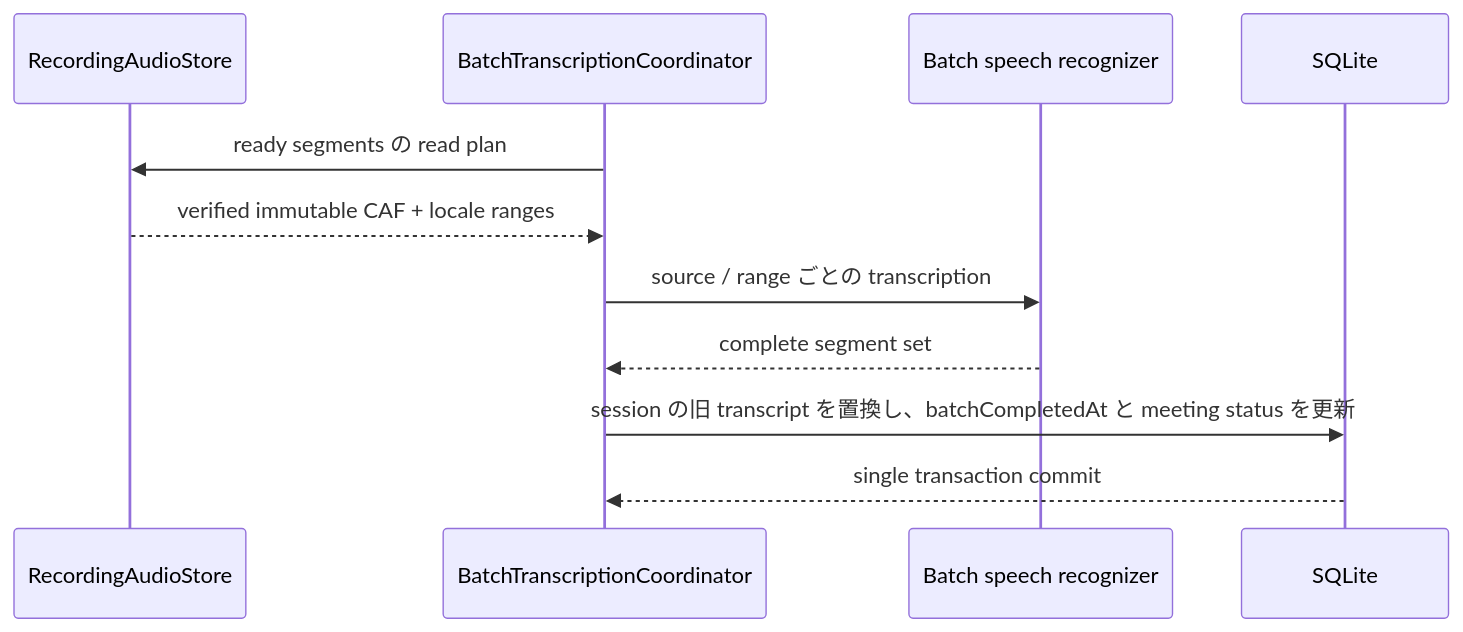
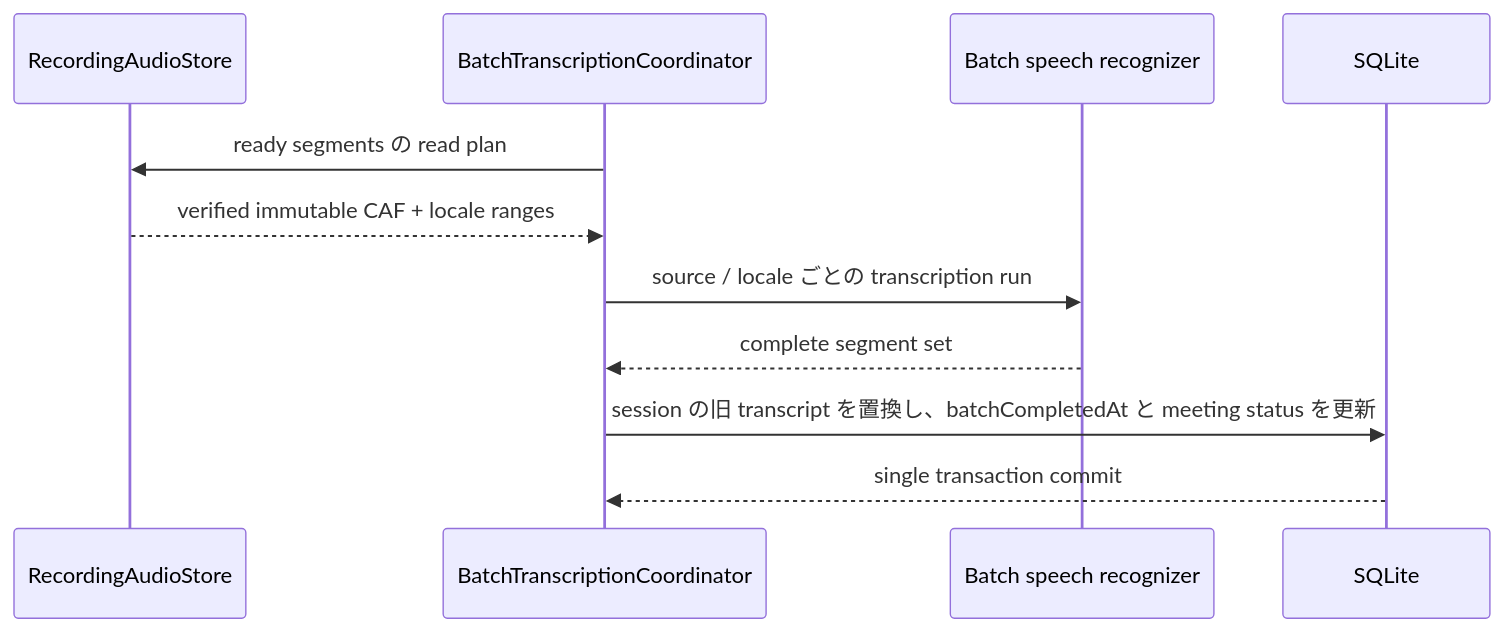
One commit to dahlia-org/dahlia changed the fourth of 5 diagrams in docs/architecture/audio-transcription-data-flow.md. Above: the diagram before and after it, drawn with Mermaid. The commit also changed other lines of this file and 13 other files, not shown here.

````diff
--- a/docs/architecture/audio-transcription-data-flow.md
+++ b/docs/architecture/audio-transcription-data-flow.md
@@ -210,14 +210,14 @@
 ```mermaid
 sequenceDiagram
     participant Audio as RecordingAudioStore
     participant Batch as BatchTranscriptionCoordinator
     participant Speech as Batch speech recognizer
     participant DB as SQLite
 
     Batch->>Audio: ready segments の read plan
     Audio-->>Batch: verified immutable CAF + locale ranges
-    Batch->>Speech: source / range ごとの transcription
+    Batch->>Speech: source / locale ごとの transcription run
     Speech-->>Batch: complete segment set
     Batch->>DB: session の旧 transcript を置換し、batchCompletedAt と meeting status を更新
     DB-->>Batch: single transaction commit
 ```
````
